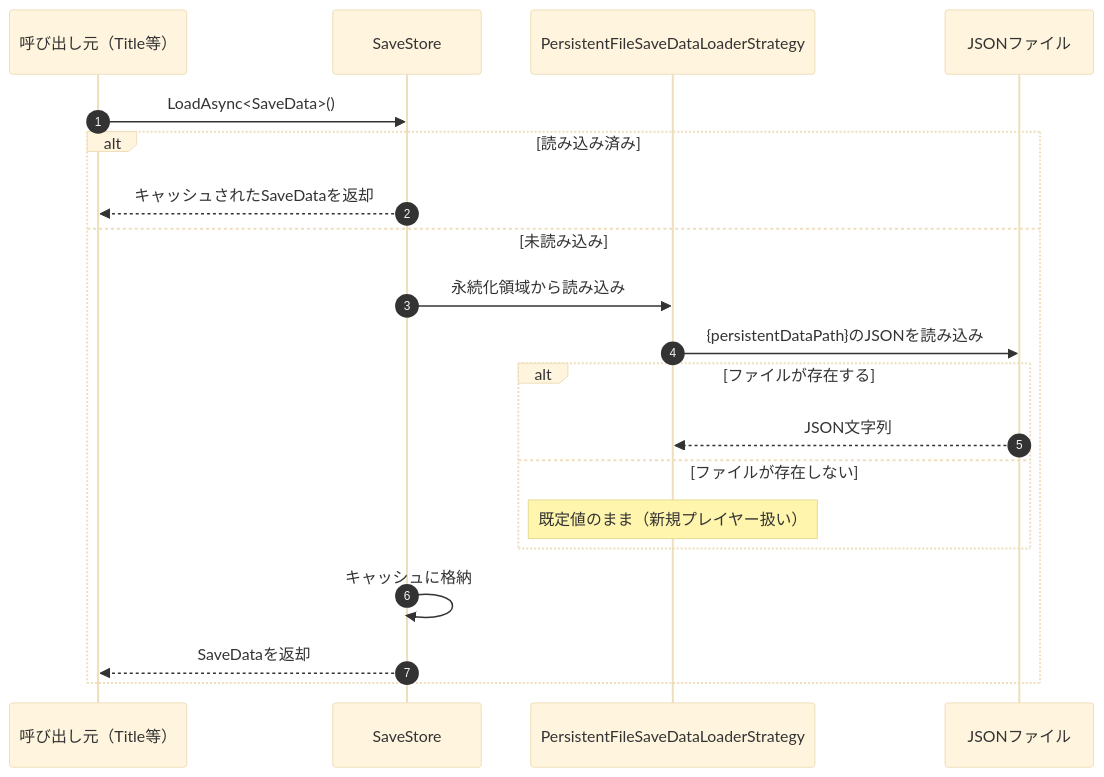
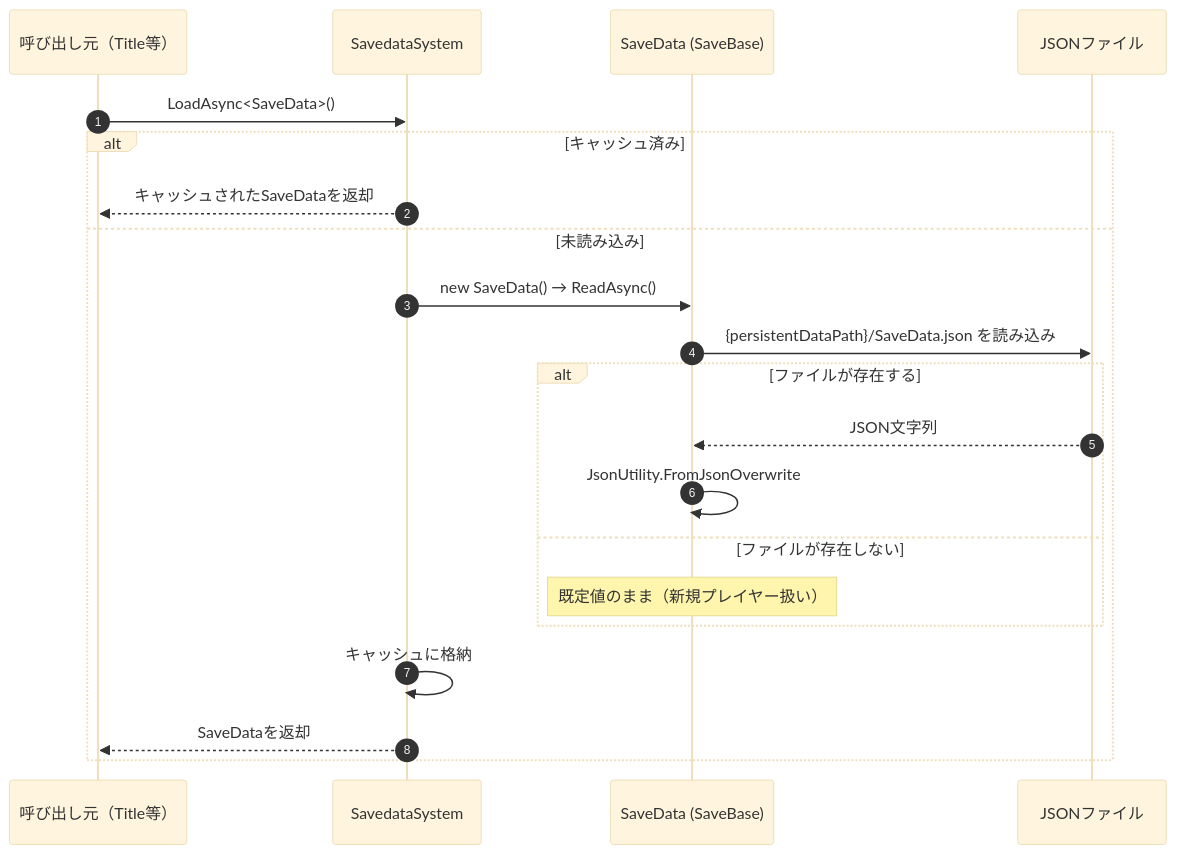
Before and after one commit to HIBIKI5201/SymphonyKillChord: the second of 3 diagrams in Assets/Docs/ScriptsDocs/Modules/NotionModuleDocs/Savedata.md, drawn with Mermaid (base theme). The commit also changed other lines of this file and 2383 other files, not shown here.

````diff
--- a/Assets/Docs/ScriptsDocs/Modules/NotionModuleDocs/Savedata.md
+++ b/Assets/Docs/ScriptsDocs/Modules/NotionModuleDocs/Savedata.md
@@ -130,23 +127,24 @@
 ```mermaid
 sequenceDiagram
     autonumber
     participant Caller as 呼び出し元（Title等）
-    participant Store as SaveStore
-    participant Loader as PersistentFileSaveDataLoaderStrategy
+    participant System as SavedataSystem
+    participant Data as SaveData (SaveBase)
     participant File as JSONファイル
 
-    Caller ->> Store: LoadAsync<SaveData>()
-    alt 読み込み済み
-        Store -->> Caller: キャッシュされたSaveDataを返却
+    Caller ->> System: LoadAsync<SaveData>()
+    alt キャッシュ済み
+        System -->> Caller: キャッシュされたSaveDataを返却
     else 未読み込み
-        Store ->> Loader: 永続化領域から読み込み
-        Loader ->> File: {persistentDataPath}のJSONを読み込み
+        System ->> Data: new SaveData() → ReadAsync()
+        Data ->> File: {persistentDataPath}/SaveData.json を読み込み
         alt ファイルが存在する
-            File -->> Loader: JSON文字列
+            File -->> Data: JSON文字列
+            Data ->> Data: JsonUtility.FromJsonOverwrite
         else ファイルが存在しない
-            Note over Loader: 既定値のまま（新規プレイヤー扱い）
+            Note over Data: 既定値のまま（新規プレイヤー扱い）
         end
-        Store ->> Store: キャッシュに格納
-        Store -->> Caller: SaveDataを返却
+        System ->> System: キャッシュに格納
+        System -->> Caller: SaveDataを返却
     end
 ```
````
